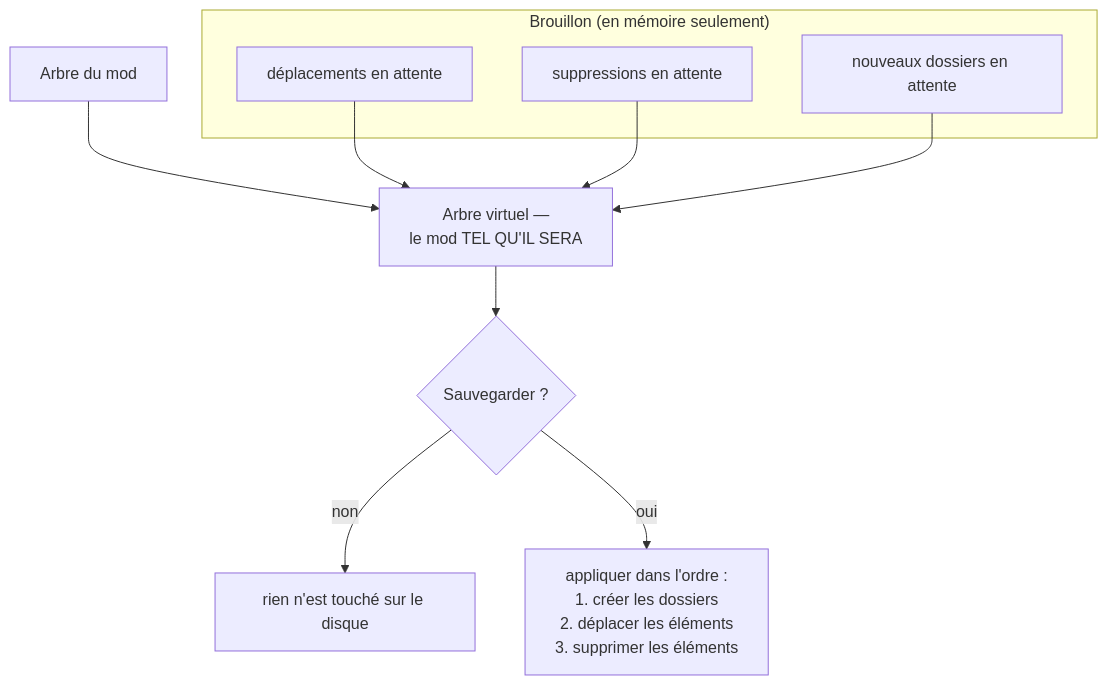
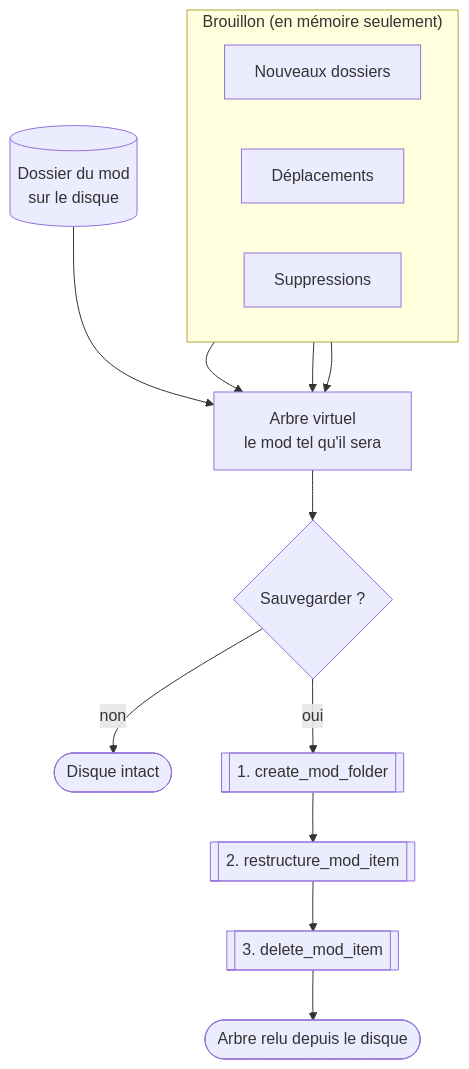
One commit to FreeProject089/BetterModsManager changed the diagram in frontend/assets/docs/fr/how-it-works/mapper.md. Above: the diagram before and after it, drawn with Mermaid. The commit also changed other lines of this file and 176 other files, not shown here.

````diff
--- a/frontend/assets/docs/fr/how-it-works/mapper.md
+++ b/frontend/assets/docs/fr/how-it-works/mapper.md
@@ -60,15 +60,19 @@
 ```mermaid
-flowchart TB
-    subgraph Draft["Brouillon (en mémoire seulement)"]
-        MV["déplacements en attente"]
-        DEL["suppressions en attente"]
-        NEW["nouveaux dossiers en attente"]
+flowchart TD
+    subgraph DRAFT["Brouillon (en mémoire seulement)"]
+        direction LR
+        NEW["Nouveaux dossiers"]
+        MV["Déplacements"]
+        DEL["Suppressions"]
     end
-    TREE["Arbre du mod"] --> VIRT["Arbre virtuel —<br/>le mod TEL QU'IL SERA"]
+    TREE[("Dossier du mod<br/>sur le disque")] --> VIRT["Arbre virtuel<br/>le mod tel qu'il sera"]
+    NEW --> VIRT
     MV --> VIRT
     DEL --> VIRT
-    NEW --> VIRT
     VIRT --> SAVE{"Sauvegarder ?"}
-    SAVE -- "non" --> DISCARD["rien n'est touché sur le disque"]
-    SAVE -- "oui" --> APPLY["appliquer dans l'ordre :<br/>1. créer les dossiers<br/>2. déplacer les éléments<br/>3. supprimer les éléments"]
+    SAVE -- "non" --> KEEP(["Disque intact"])
+    SAVE -- "oui" --> C1[["1. create_mod_folder"]]
+    C1 --> C2[["2. restructure_mod_item"]]
+    C2 --> C3[["3. delete_mod_item"]]
+    C3 --> REREAD(["Arbre relu depuis le disque"])
 ```
````
